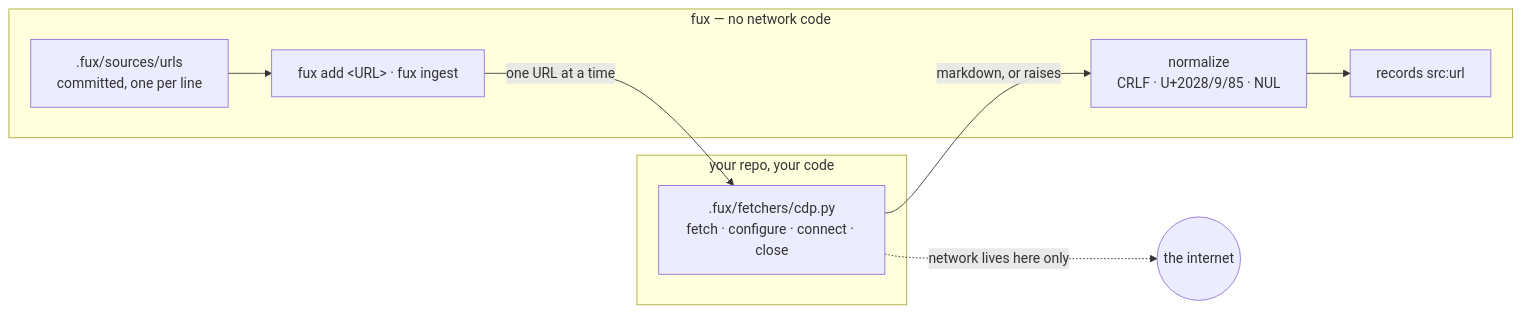
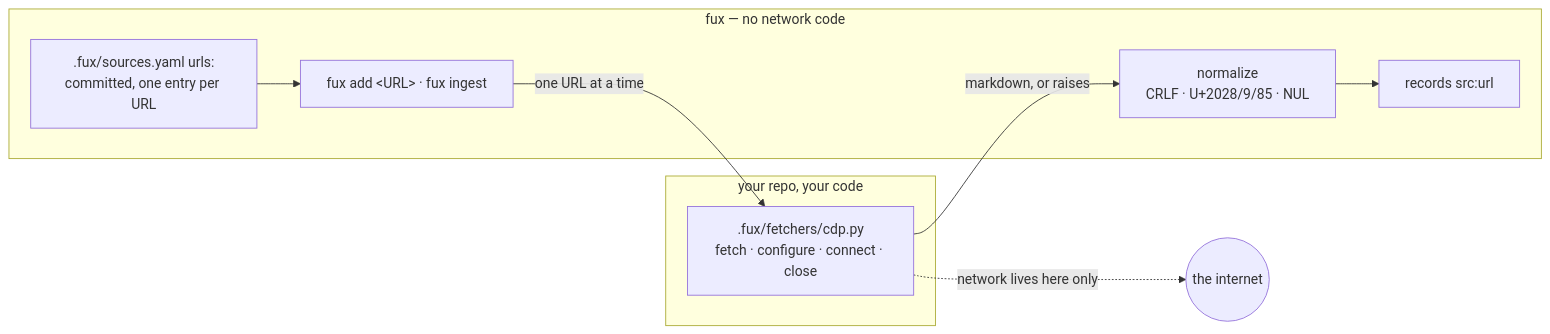
Before and after one commit to arpitarya/fux: the diagram in records/0107_url-ingest.md, drawn with Mermaid. The commit also changed other lines of this file and 249 other files, not shown here.

First line of the commit message:
feat(w294): one .fux/sources.yaml; .fuxignore the only exclusion

````diff
--- a/records/0107_url-ingest.md
+++ b/records/0107_url-ingest.md
@@ -54,17 +54,17 @@
 ```mermaid
 flowchart LR
     subgraph fux ["fux — no network code"]
         R["fux add &lt;URL&gt; · fux ingest"]
-        U[".fux/sources/urls<br/>committed, one per line"]
+        U[".fux/sources.yaml urls:<br/>committed, one entry per URL"]
         N["normalize<br/>CRLF · U+2028/9/85 · NUL"]
         W["records src:url"]
     end
     subgraph yours ["your repo, your code"]
         M[".fux/fetchers/cdp.py<br/>fetch · configure · connect · close"]
     end
     U --> R
     R -->|"one URL at a time"| M
     M -->|"markdown, or raises"| N
     N --> W
     M -.->|"network lives here only"| NET(("the internet"))
 ```
````
